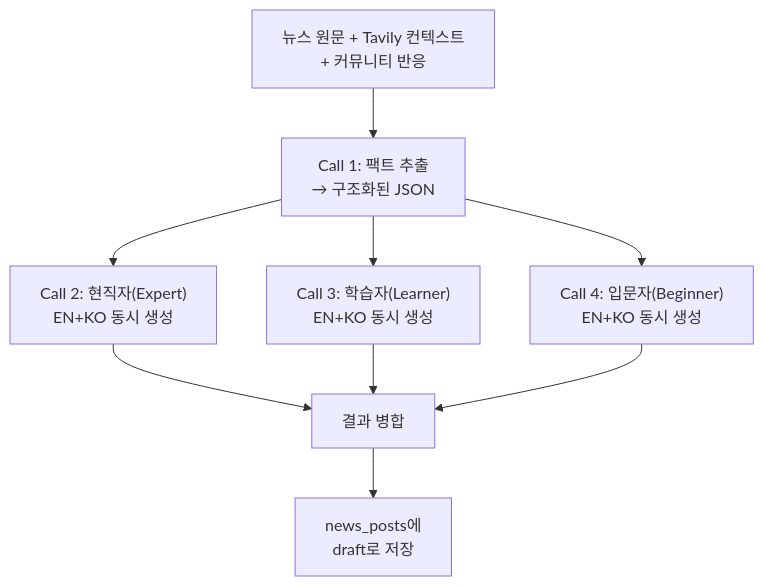
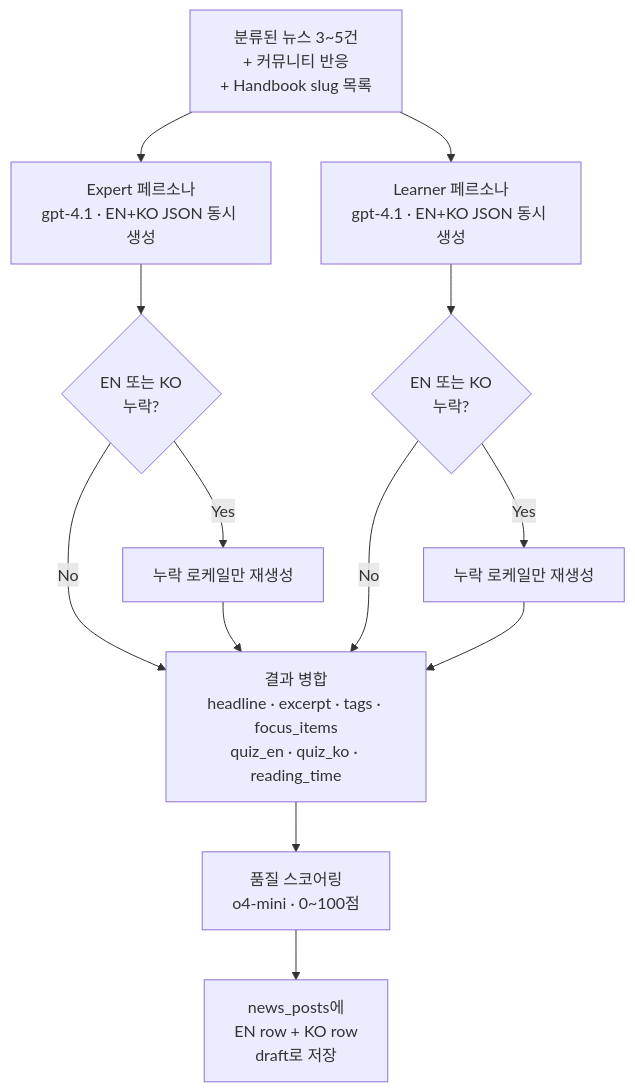
One commit to x0to1log/0to1log changed the second of 3 diagrams in vault/04-AI-System/AI-News-Pipeline-Design.md. Above: the diagram before and after it, drawn with Mermaid. The commit also changed other lines of this file and 11 other files, not shown here.

````diff
--- a/vault/04-AI-System/AI-News-Pipeline-Design.md
+++ b/vault/04-AI-System/AI-News-Pipeline-Design.md
@@ -40,14 +52,21 @@
 ```mermaid
 flowchart TD
-    START["뉴스 원문 + Tavily 컨텍스트\n+ 커뮤니티 반응"] --> FACTS["Call 1: 팩트 추출\n→ 구조화된 JSON"]
+    START["분류된 뉴스 3~5건\n+ 커뮤니티 반응\n+ Handbook slug 목록"] --> EXPERT["Expert 페르소나\ngpt-4.1 · EN+KO JSON 동시 생성"]
 
-    FACTS --> EXPERT["Call 2: 현직자(Expert)\nEN+KO 동시 생성"]
-    FACTS --> LEARNER["Call 3: 학습자(Learner)\nEN+KO 동시 생성"]
-    FACTS --> BEGINNER["Call 4: 입문자(Beginner)\nEN+KO 동시 생성"]
+    START --> LEARNER["Learner 페르소나\ngpt-4.1 · EN+KO JSON 동시 생성"]
 
-    EXPERT --> MERGE["결과 병합"]
-    LEARNER --> MERGE
-    BEGINNER --> MERGE
+    EXPERT --> RECOVERY_E{"EN 또는 KO\n누락?"}
+    LEARNER --> RECOVERY_L{"EN 또는 KO\n누락?"}
 
-    MERGE --> SAVE["news_posts에\ndraft로 저장"]
+    RECOVERY_E -->|Yes| REGEN_E["누락 로케일만 재생성"]
+    RECOVERY_E -->|No| MERGE
+    REGEN_E --> MERGE
+
+    RECOVERY_L -->|Yes| REGEN_L["누락 로케일만 재생성"]
+    RECOVERY_L -->|No| MERGE
+    REGEN_L --> MERGE
+
+    MERGE["결과 병합\nheadline · excerpt · tags · focus_items\nquiz_en · quiz_ko · reading_time"] --> QUALITY["품질 스코어링\no4-mini · 0~100점"]
+
+    QUALITY --> SAVE["news_posts에\nEN row + KO row\ndraft로 저장"]
 ```
````
